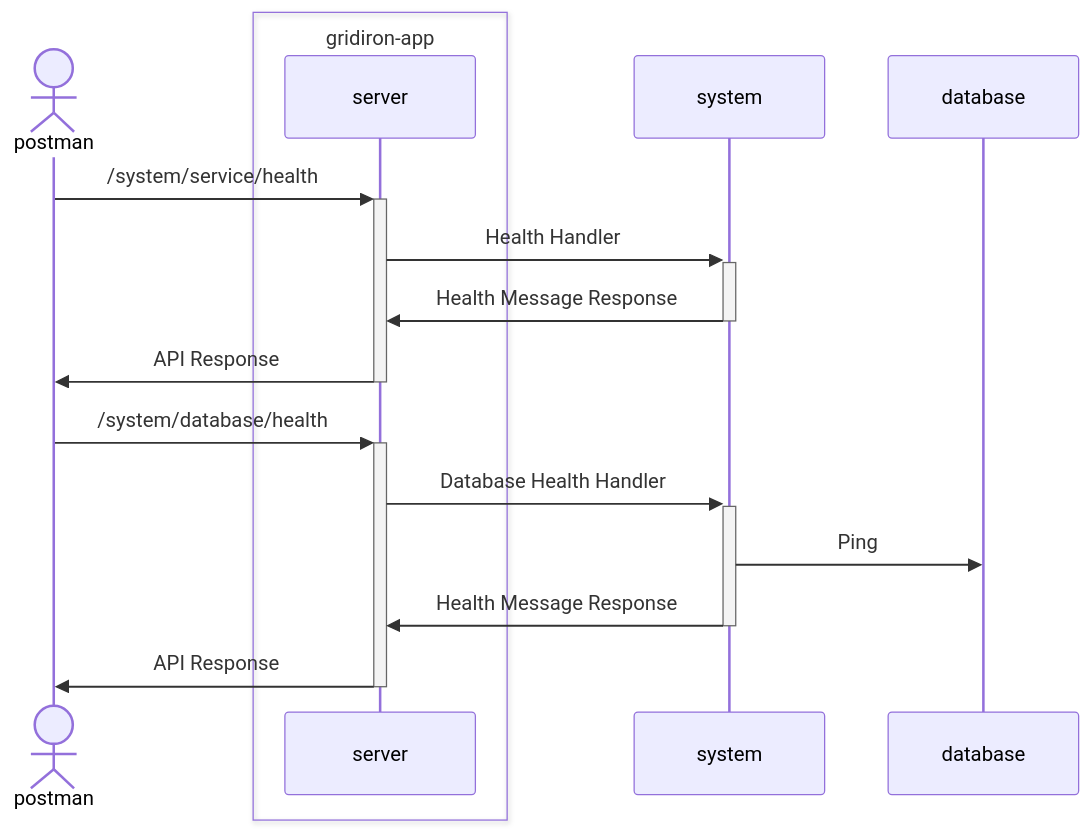
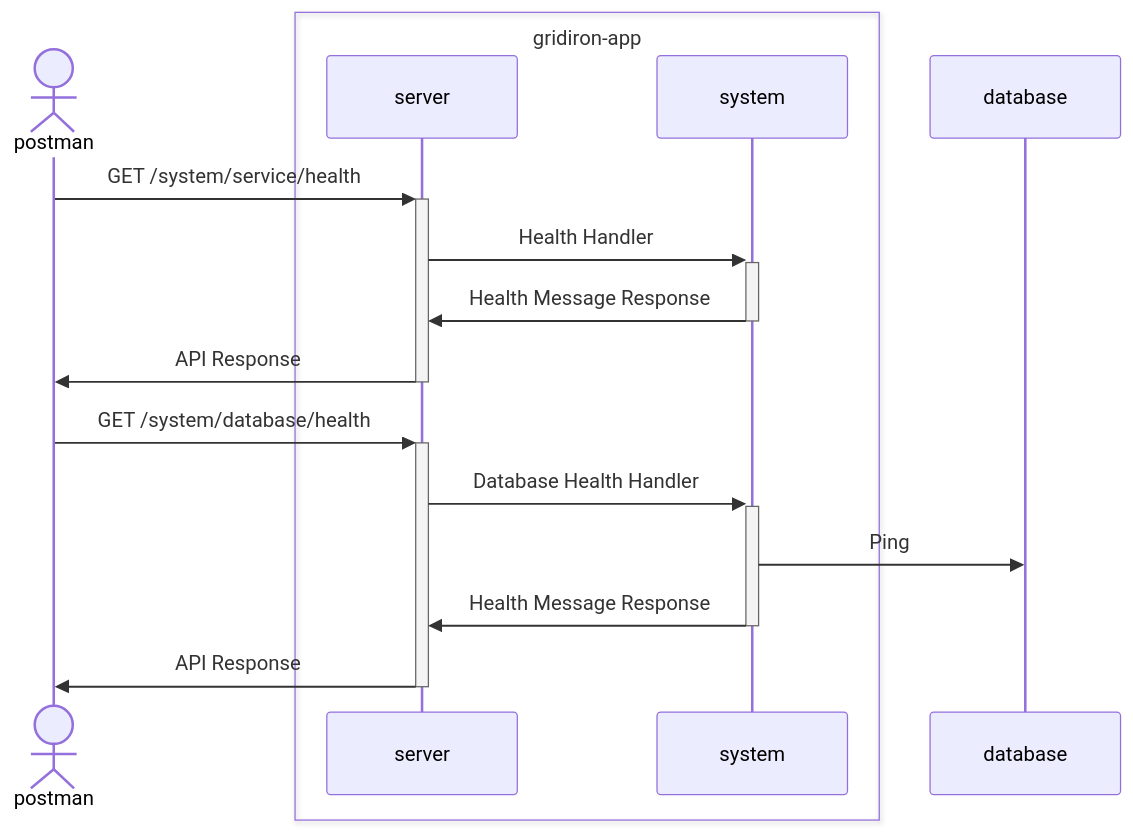
One commit to ccthomas/gridiron changed the second of 3 diagrams in docs/TECHNICAL_DESIGN.md. Above: the diagram before and after it, drawn with Mermaid. The commit also changed other lines of this file and 33 other files, not shown here.

````diff
--- a/docs/TECHNICAL_DESIGN.md
+++ b/docs/TECHNICAL_DESIGN.md
@@ -38,17 +89,18 @@
 ```mermaid
 sequenceDiagram
     actor postman
     box gridiron-app
     participant server
+    participant system
     end
-    postman->>+server: /system/service/health
+    postman->>+server: GET /system/service/health
     server->>+system: Health Handler
     system->>-server: Health Message Response
     server->>-postman: API Response
 
-    postman->>+server: /system/database/health
+    postman->>+server: GET /system/database/health
     server->>+system: Database Health Handler
     system->>database: Ping
     system->>-server: Health Message Response
     server->>-postman: API Response
 ```
````
